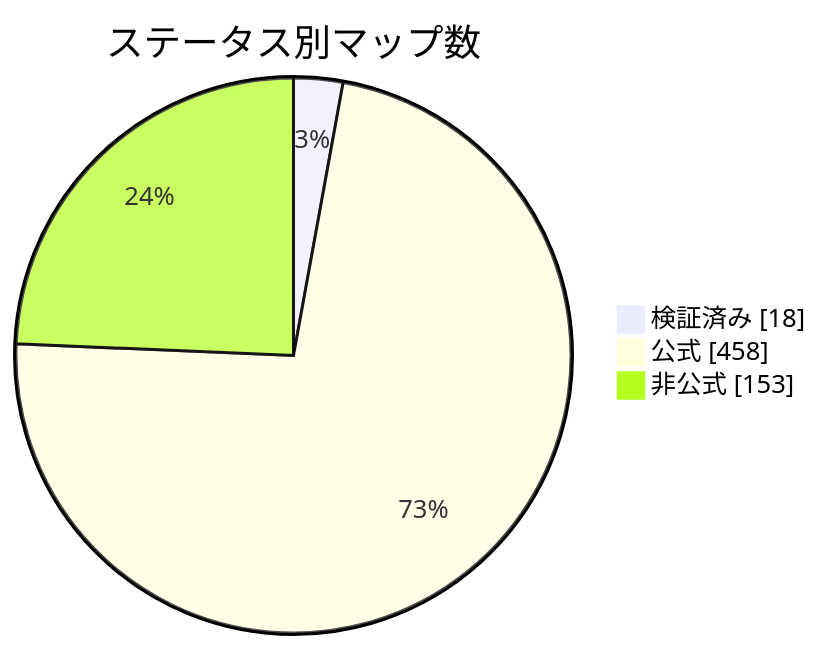
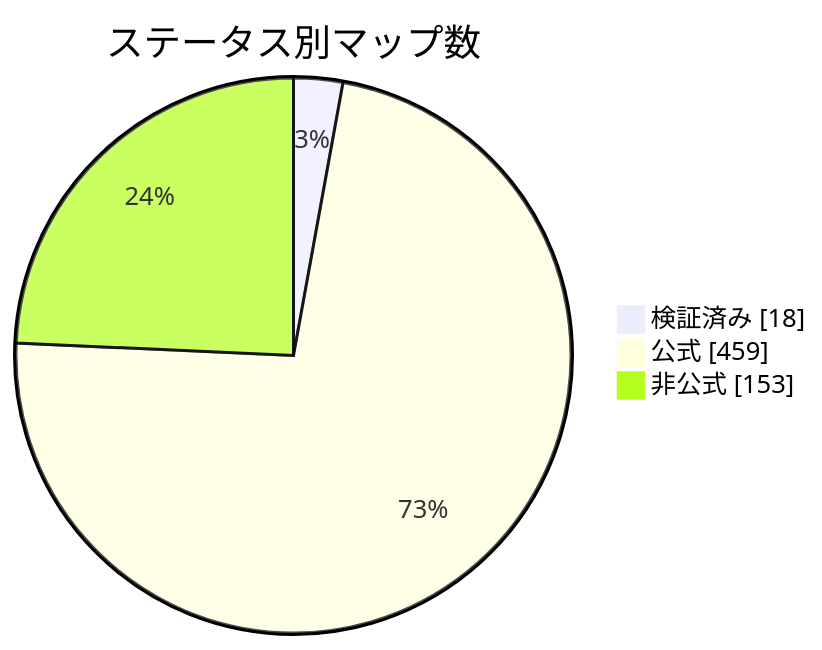
One commit to nobrega8/mbmap-library changed the diagram in docs/readme/README_JP.md. Above: the diagram before and after it, drawn with Mermaid. The commit also changed 6 other files, not shown here.

````diff
--- a/docs/readme/README_JP.md
+++ b/docs/readme/README_JP.md
@@ -54,7 +54,7 @@
 ```mermaid
 pie showData
     title ステータス別マップ数
     "検証済み" : 18
-    "公式" : 458
+    "公式" : 459
     "非公式" : 153
 ```
````
